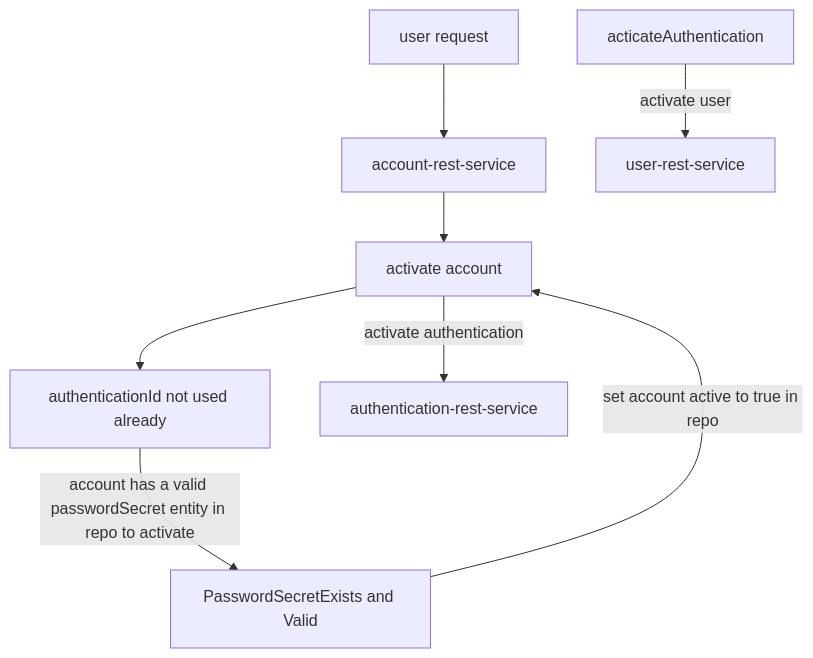
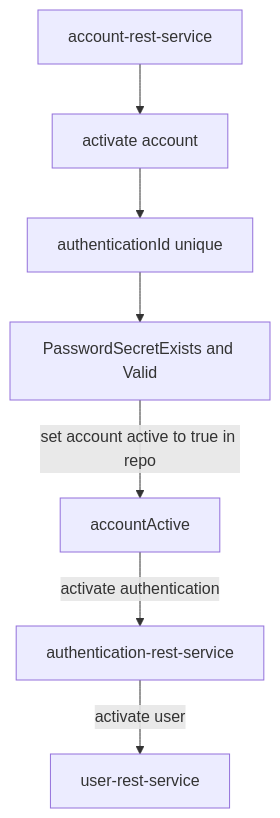
The second of 2 diagrams in README.md (sonamsamdupkhangsar/account-rest-service), drawn with Mermaid before and after one commit.

````diff
--- a/README.md
+++ b/README.md
@@ -91,10 +91,9 @@
 ```mermaid
 flowchart TD
-  User[user request] --> account-rest-service["account-rest-service"]
-  account-rest-service --> activateAccount["account activate"]
-  activateAccount --> authenticationIdUnique["authenticationId not used already"]
-  authenticationIdUnique --"account has a valid passwordSecret entity in repo to activate"--> passwordSecretExists[PasswordSecretExists and Valid]
-  passwordSecretExists --"set account active to true in repo"--> activateAccount["activate account"]
-  activateAccount --"activate authentication"--> activateAuthentication["authentication-rest-service"]
-  acticateAuthentication --"activate user"--> activateUser["user-rest-service"] 
+  account-rest-service --> activateAccount["activate account"]
+  activateAccount --> authenticationIdUnique["authenticationId unique"]
+  authenticationIdUnique --> passwordSecretExists[PasswordSecretExists and Valid]
+  passwordSecretExists --"set account active to true in repo"--> accountActive
+  accountActive --"activate authentication"--> activateAuthentication[authentication-rest-service]
+  activateAuthentication --"activate user"--> activateUser["user-rest-service"] 
 ```  
````
